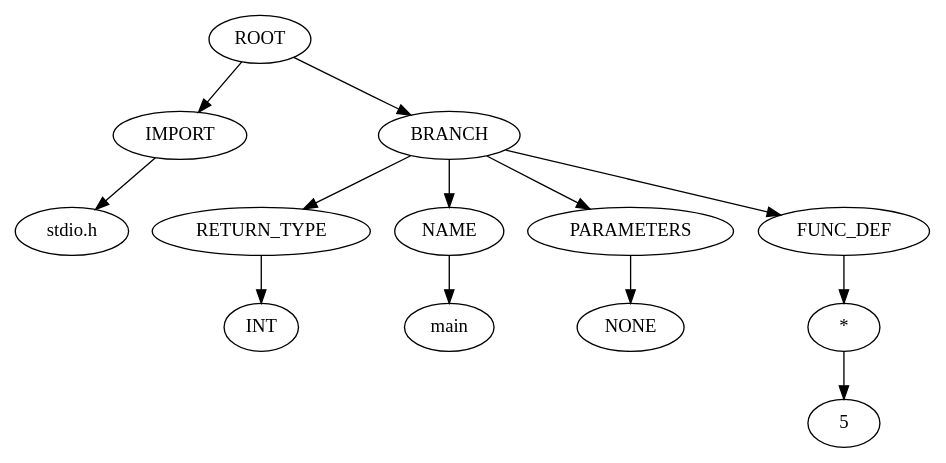
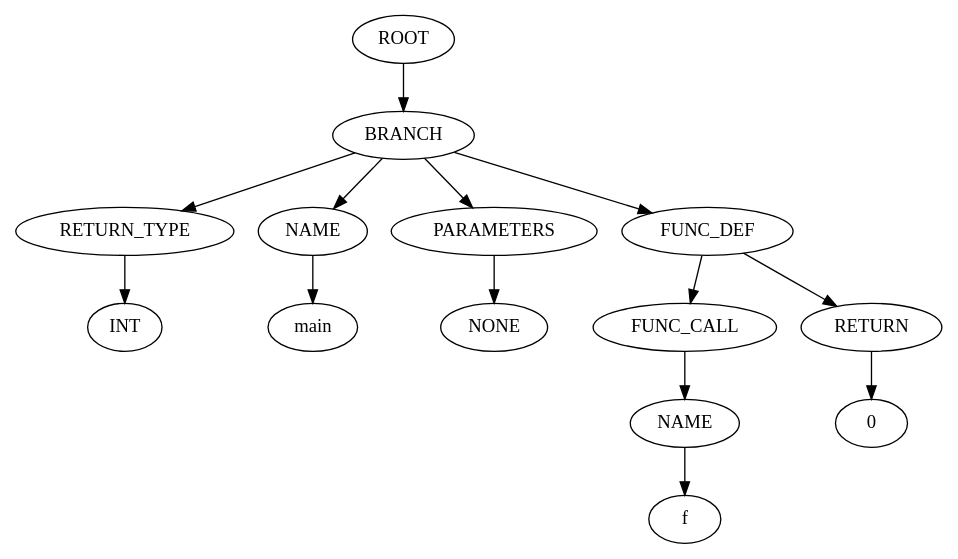
One commit to InteVleminckx/Compilers changed the diagram in project1/files/GeneratedAST/inputfile_graph0.gv. Above: the diagram before and after it, drawn with Graphviz. The commit also changed 70 other files, not shown here.

```diff
--- a/project1/files/GeneratedAST/inputfile_graph0.gv
+++ b/project1/files/GeneratedAST/inputfile_graph0.gv
@@ -1,26 +1,28 @@
 strict digraph G{
-l11[label = "IMPORT"]
-l111[label = "BRANCH"]
+l11[label = "BRANCH"]
 "ROOT"->"l11"
-l11131[label = "stdio.h"]
-"l11"->l11131
-"ROOT"->"l111"
-l111331[label = "RETURN_TYPE"]
-l1113311[label = "NAME"]
-l11133111[label = "PARAMETERS"]
-l111331111[label = "FUNC_DEF"]
-"l111"->"l111331"
-l11133111131[label = "INT"]
-"l111331"->l11133111131
-"l111"->"l1113311"
-l111331111331[label = "main"]
-"l1113311"->l111331111331
-"l111"->"l11133111"
-l1113311113331[label = "NONE"]
-"l11133111"->l1113311113331
-"l111"->"l111331111"
-l11133111133331[label = "*"]
-"l111331111"->"l11133111133331"
-l1113311113333131[label = "5"]
-"l11133111133331"->l1113311113333131
+l1131[label = "RETURN_TYPE"]
+l11311[label = "NAME"]
+l113111[label = "PARAMETERS"]
+l1131111[label = "FUNC_DEF"]
+"l11"->"l1131"
+l113111131[label = "INT"]
+"l1131"->l113111131
+"l11"->"l11311"
+l1131111331[label = "main"]
+"l11311"->l1131111331
+"l11"->"l113111"
+l11311113331[label = "NONE"]
+"l113111"->l11311113331
+"l11"->"l1131111"
+l113111133331[label = "FUNC_CALL"]
+l1131111333311[label = "RETURN"]
+"l1131111"->"l113111133331"
+l113111133331131[label = "NAME"]
+"l113111133331"->"l113111133331131"
+l11311113333113131[label = "f"]
+"l113111133331131"->l11311113333113131
+"l1131111"->"l1131111333311"
+l1131111333311331[label = "0"]
+"l1131111333311"->l1131111333311331
 }
```
